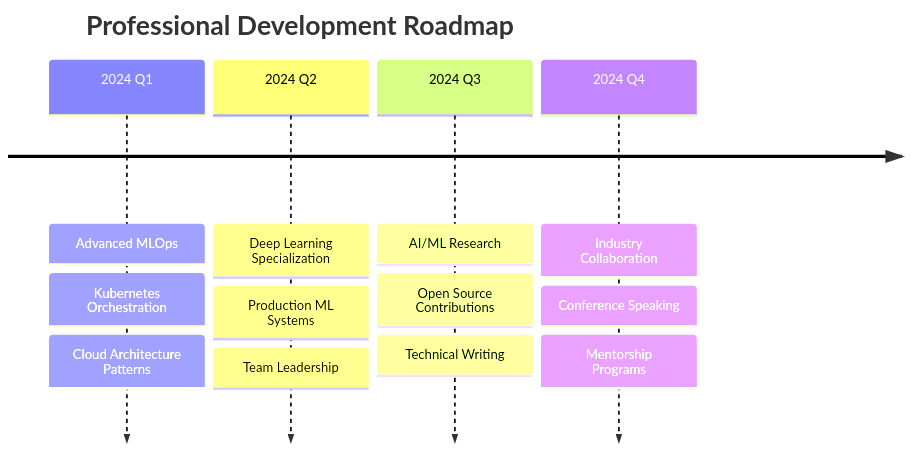
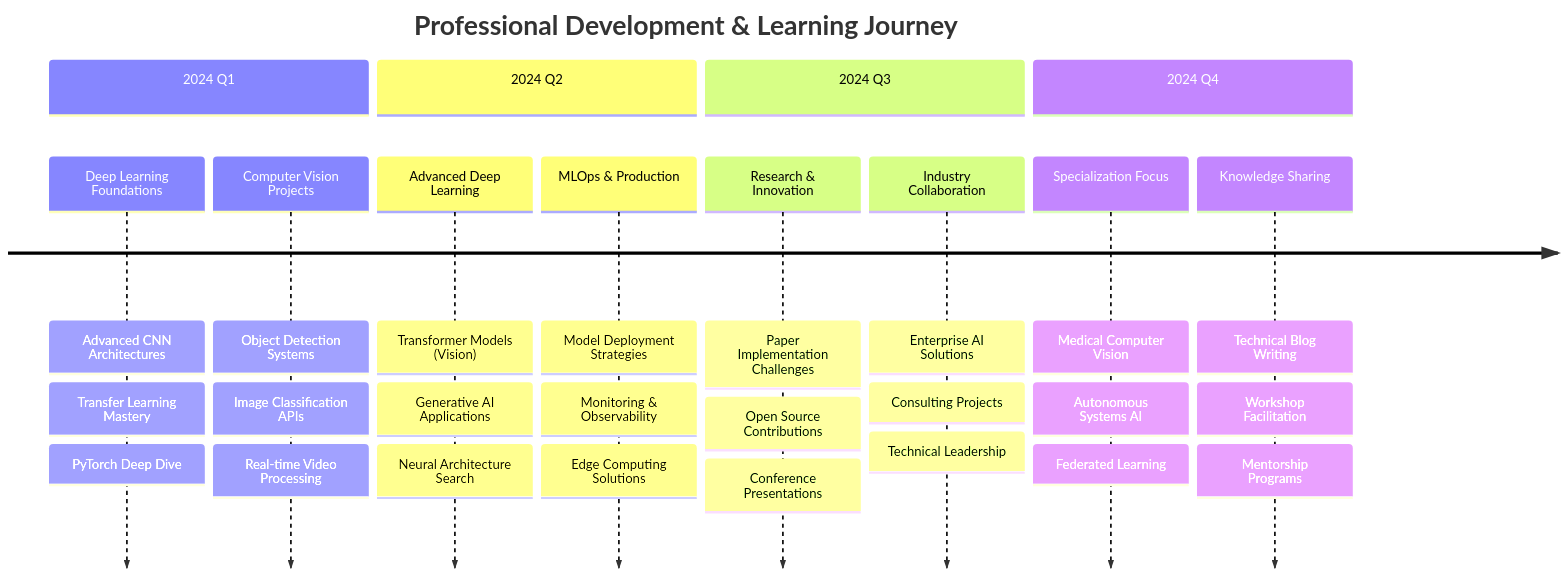
Before and after one commit to Razakhan143/Razakhan143: the diagram in README.md, drawn with Mermaid. The commit also changed other lines of this file, not shown here.

````diff
--- a/README.md
+++ b/README.md
@@ -209,16 +271,36 @@
 ```mermaid
 timeline
-    title Professional Development Roadmap
-    2024 Q1 : Advanced MLOps
-            : Kubernetes Orchestration
-            : Cloud Architecture Patterns
-    2024 Q2 : Deep Learning Specialization
-            : Production ML Systems
-            : Team Leadership
-    2024 Q3 : AI/ML Research
-            : Open Source Contributions
-            : Technical Writing
-    2024 Q4 : Industry Collaboration
-            : Conference Speaking
-            : Mentorship Programs
+    title Professional Development & Learning Journey
+    
+    section 2024 Q1
+        Deep Learning Foundations : Advanced CNN Architectures
+                                  : Transfer Learning Mastery
+                                  : PyTorch Deep Dive
+        Computer Vision Projects  : Object Detection Systems
+                                  : Image Classification APIs
+                                  : Real-time Video Processing
+    
+    section 2024 Q2
+        Advanced Deep Learning    : Transformer Models (Vision)
+                                  : Generative AI Applications
+                                  : Neural Architecture Search
+        MLOps & Production       : Model Deployment Strategies
+                                  : Monitoring & Observability
+                                  : Edge Computing Solutions
+    
+    section 2024 Q3
+        Research & Innovation    : Paper Implementation Challenges
+                                 : Open Source Contributions
+                                 : Conference Presentations
+        Industry Collaboration  : Enterprise AI Solutions
+                                : Consulting Projects
+                                : Technical Leadership
+    
+    section 2024 Q4
+        Specialization Focus     : Medical Computer Vision
+                                : Autonomous Systems AI
+                                : Federated Learning
+        Knowledge Sharing       : Technical Blog Writing
+                               : Workshop Facilitation
+                               : Mentorship Programs
 ```
````
